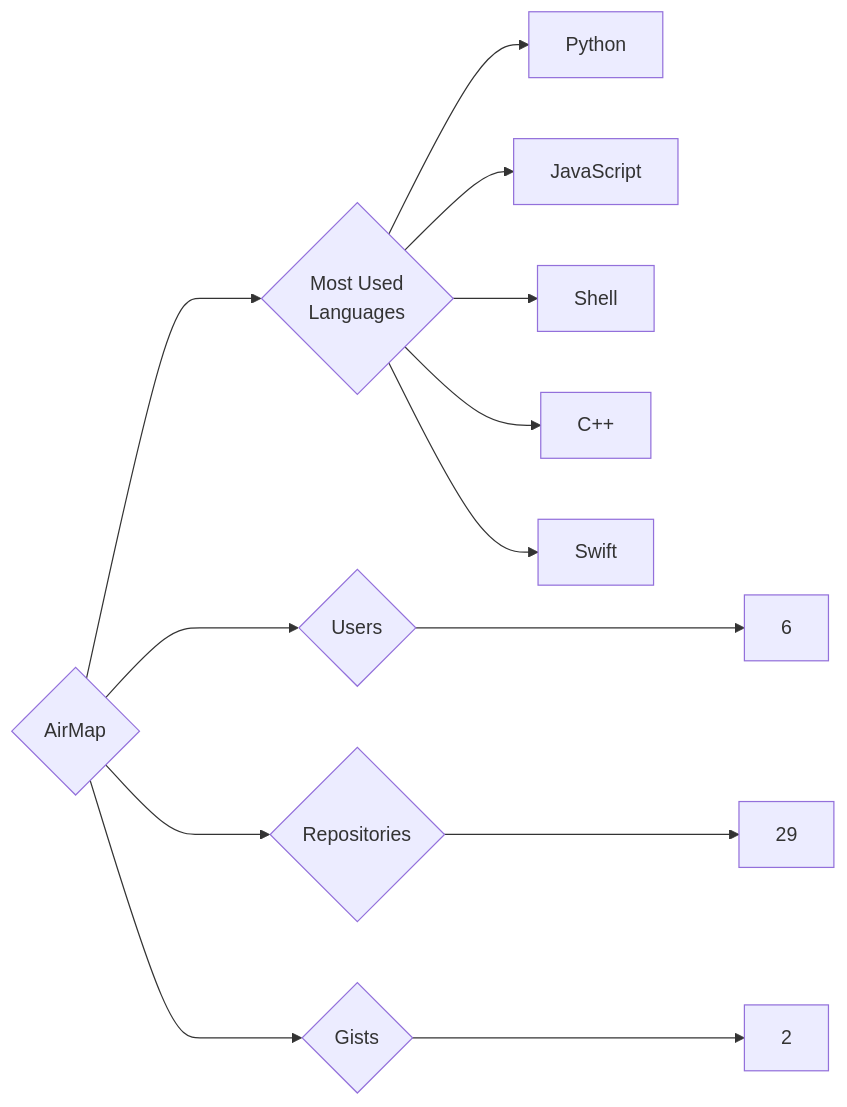
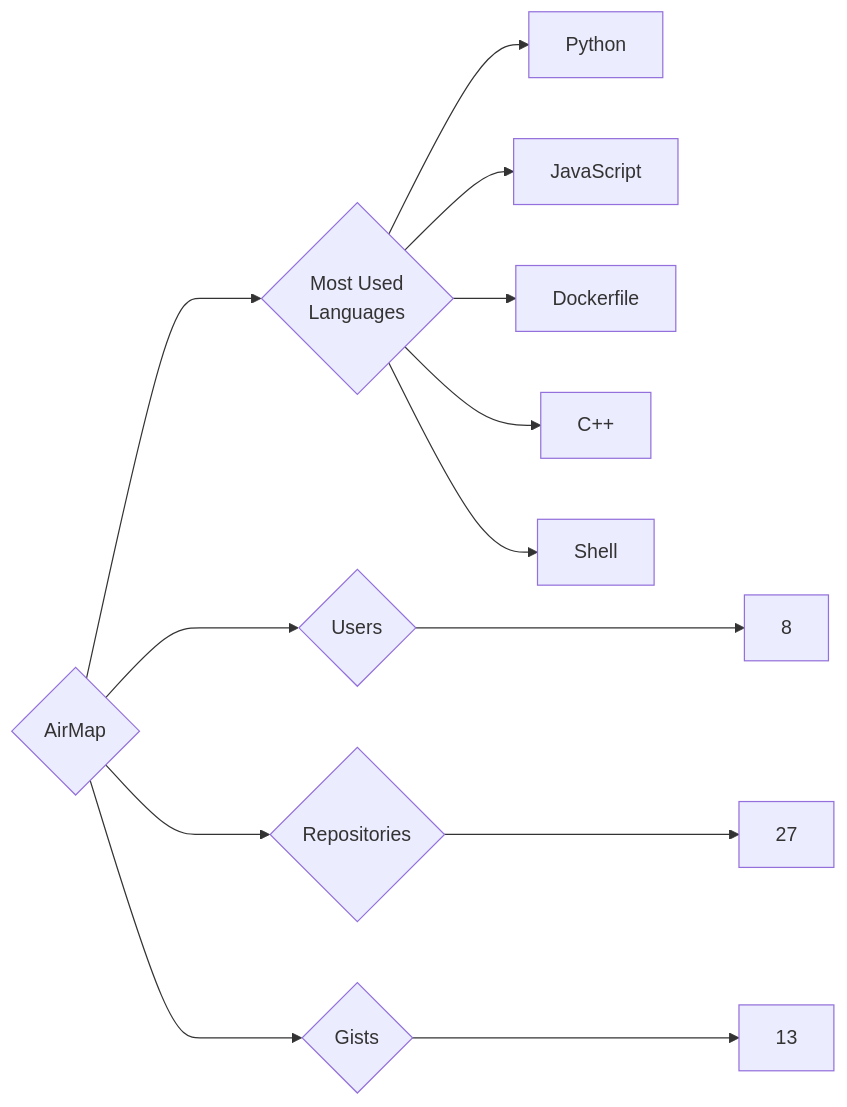
One commit to trickest/insiders changed the diagram in targets/AirMap/README.md. Above: the diagram before and after it, drawn with Mermaid. The commit also changed 993 other files, not shown here.

````diff
--- a/targets/AirMap/README.md
+++ b/targets/AirMap/README.md
@@ -3,13 +3,13 @@
 ```mermaid
 graph LR
 COMPANY_NAME{AirMap}
-COMPANY_NAME ---> U{Users} ---> UN[6]
-COMPANY_NAME ---> R{Repositories} ---> RN[29]
-COMPANY_NAME ---> G{Gists} ---> GN[2]
+COMPANY_NAME ---> U{Users} ---> UN[8]
+COMPANY_NAME ---> R{Repositories} ---> RN[27]
+COMPANY_NAME ---> G{Gists} ---> GN[13]
 COMPANY_NAME ---> ML{Most Used<br>Languages}
 ML --> Python[Python]
 ML --> JavaScript[JavaScript]
+ML --> Dockerfile[Dockerfile]
+ML --> C++[C++]
 ML --> Shell[Shell]
-ML --> C++[C++]
-ML --> Swift[Swift]
 ```
````
